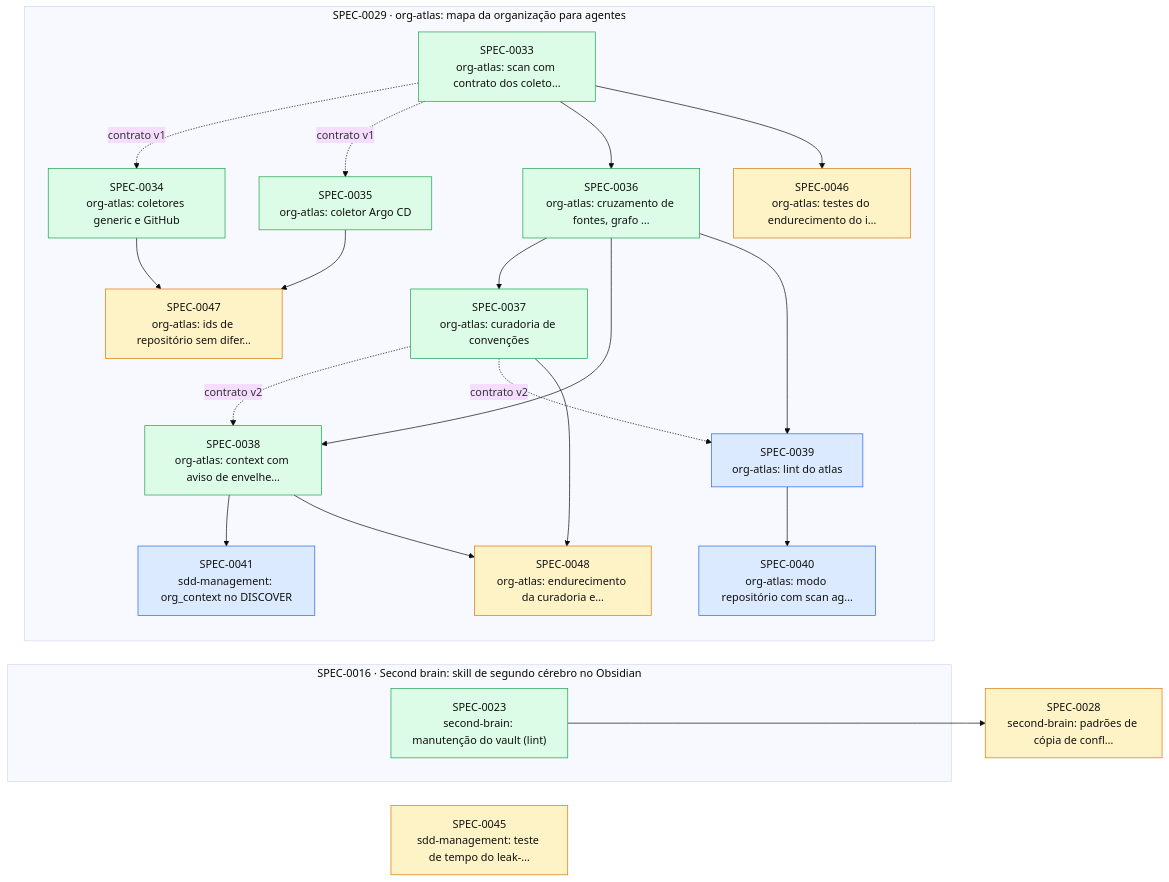
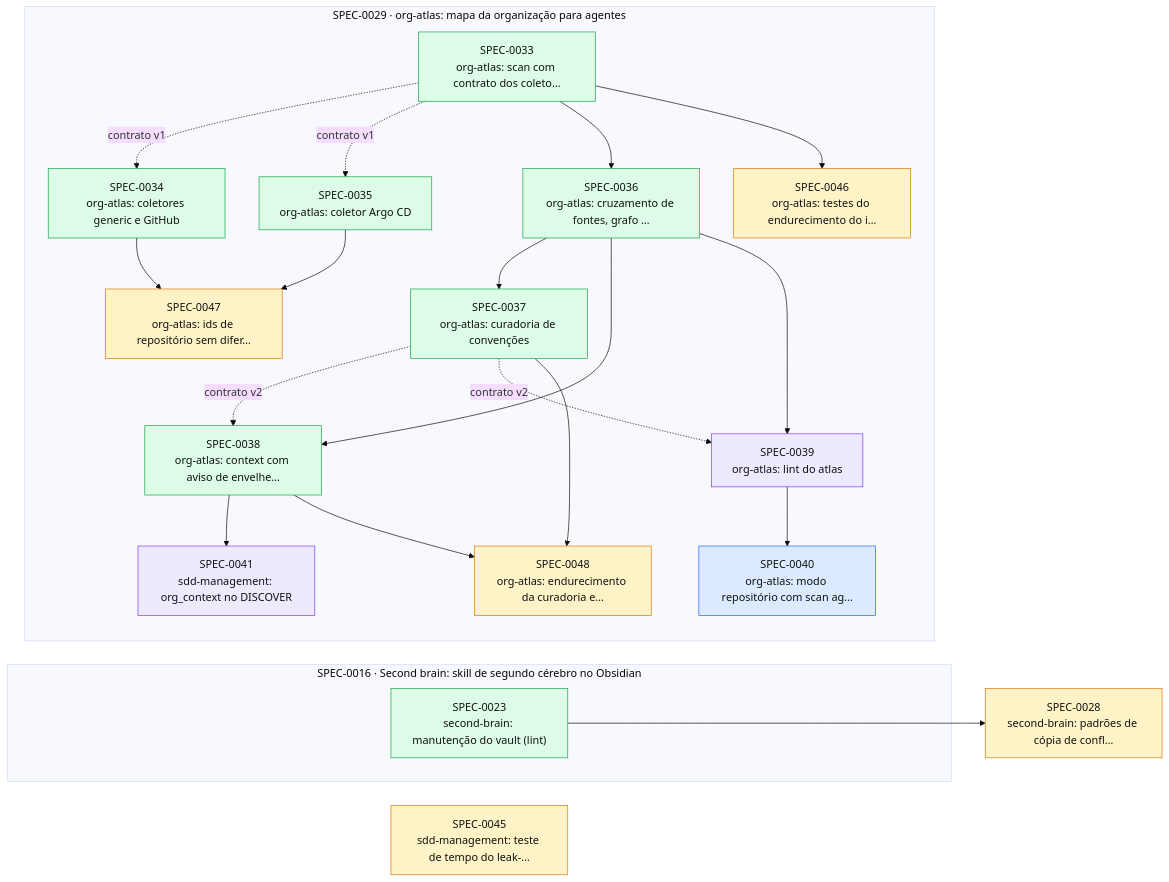
Before and after one commit to thomasravache/ai-dev-brain: the diagram in docs/specs/INDEX.md, drawn with Mermaid (base theme). The commit also changed other lines of this file and 2 other files, not shown here.

First line of the commit message:
docs(specs): SPEC-0039 e SPEC-0041 em execução

````diff
--- a/docs/specs/INDEX.md
+++ b/docs/specs/INDEX.md
@@ -55,43 +55,43 @@
 ```mermaid
 flowchart LR
   S0028["SPEC-0028<br/>second-brain: padrões de cópia de confl…"]:::proposed
   S0045["SPEC-0045<br/>sdd-management: teste de tempo do leak-…"]:::proposed
   subgraph E0016["SPEC-0016 · Second brain: skill de segundo cérebro no Obsidian"]
     S0023["SPEC-0023<br/>second-brain: manutenção do vault (lint)"]:::implemented
   end
   subgraph E0029["SPEC-0029 · org-atlas: mapa da organização para agentes"]
     S0033["SPEC-0033<br/>org-atlas: scan com contrato dos coleto…"]:::implemented
     S0034["SPEC-0034<br/>org-atlas: coletores generic e GitHub"]:::implemented
     S0035["SPEC-0035<br/>org-atlas: coletor Argo CD"]:::implemented
     S0036["SPEC-0036<br/>org-atlas: cruzamento de fontes, grafo …"]:::implemented
     S0037["SPEC-0037<br/>org-atlas: curadoria de convenções"]:::implemented
     S0038["SPEC-0038<br/>org-atlas: context com aviso de envelhe…"]:::implemented
-    S0039["SPEC-0039<br/>org-atlas: lint do atlas"]:::approved
+    S0039["SPEC-0039<br/>org-atlas: lint do atlas"]:::inprogress
     S0040["SPEC-0040<br/>org-atlas: modo repositório com scan ag…"]:::approved
-    S0041["SPEC-0041<br/>sdd-management: org_context no DISCOVER"]:::approved
+    S0041["SPEC-0041<br/>sdd-management: org_context no DISCOVER"]:::inprogress
     S0046["SPEC-0046<br/>org-atlas: testes do endurecimento do i…"]:::proposed
     S0047["SPEC-0047<br/>org-atlas: ids de repositório sem difer…"]:::proposed
     S0048["SPEC-0048<br/>org-atlas: endurecimento da curadoria e…"]:::proposed
   end
   S0023 --> S0028
   S0033 -. contrato v1 .-> S0034
   S0033 -. contrato v1 .-> S0035
   S0033 --> S0036
   S0036 --> S0037
   S0036 --> S0038
   S0037 -. contrato v2 .-> S0038
   S0036 --> S0039
   S0037 -. contrato v2 .-> S0039
   S0039 --> S0040
   S0038 --> S0041
   S0033 --> S0046
   S0034 --> S0047
   S0035 --> S0047
   S0037 --> S0048
   S0038 --> S0048
   classDef proposed fill:#fef3c7,stroke:#d97706,color:#111
   classDef approved fill:#dbeafe,stroke:#2563eb,color:#111
   classDef inprogress fill:#ede9fe,stroke:#7c3aed,color:#111
   classDef implemented fill:#dcfce7,stroke:#16a34a,color:#111
   classDef deprecated fill:#f3f4f6,stroke:#9ca3af,color:#6b7280
 ```
````
